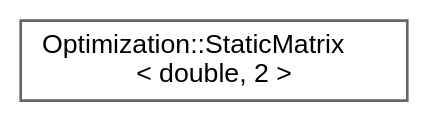
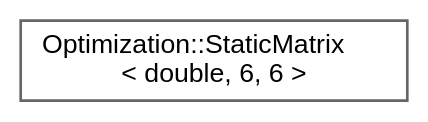
The diagram in inherit_graph_72.dot (jswoo0615/Algorithms_for_Optimization_cpp), drawn with Graphviz before and after one commit. The commit also changed 348 other files, not shown here.

```diff
--- a/inherit_graph_72.dot
+++ b/inherit_graph_72.dot
@@ -1,9 +1,9 @@
 digraph "Graphical Class Hierarchy"
 {
  // LATEX_PDF_SIZE
   bgcolor="transparent";
   edge [fontname=Helvetica,fontsize=10,labelfontname=Helvetica,labelfontsize=10];
   node [fontname=Helvetica,fontsize=10,shape=box,height=0.2,width=0.4];
   rankdir="LR";
-  Node0 [id="Node000000",label="Optimization::StaticMatrix\l\< double, 2 \>",height=0.2,width=0.4,color="grey40", fillcolor="white", style="filled",URL="$classOptimization_1_1StaticMatrix.html",tooltip=" "];
+  Node0 [id="Node000000",label="Optimization::StaticMatrix\l\< double, 6, 6 \>",height=0.2,width=0.4,color="grey40", fillcolor="white", style="filled",URL="$classOptimization_1_1StaticMatrix.html",tooltip=" "];
 }
```
